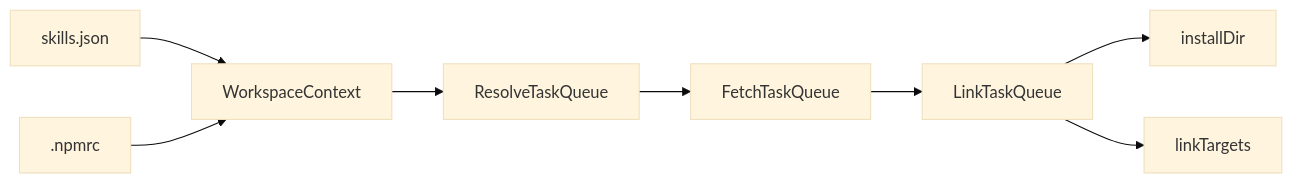
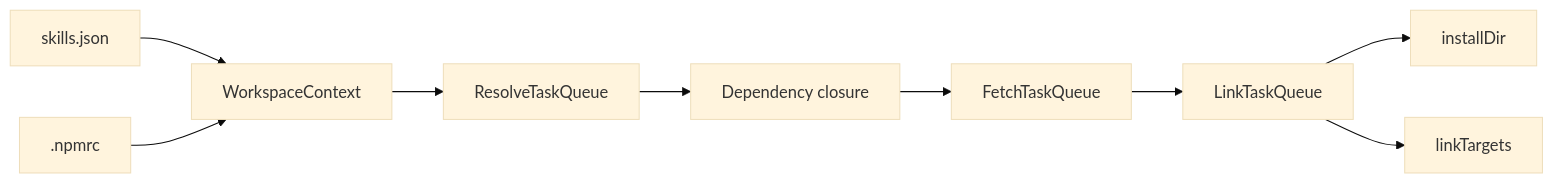
Before and after one commit to SoonIter/skills-package-manager: the diagram in website/docs/architecture/how-it-works.mdx, drawn with Mermaid (base theme). The commit also changed other lines of this file and 30 other files, not shown here.

````diff
--- a/website/docs/architecture/how-it-works.mdx
+++ b/website/docs/architecture/how-it-works.mdx
@@ -35,10 +39,11 @@
 ```mermaid
 flowchart LR
     A["skills.json"] --> B["WorkspaceContext"]
     C[".npmrc"] --> B
     B --> E["ResolveTaskQueue"]
-    E --> F["FetchTaskQueue"]
+    E --> D["Dependency closure"]
+    D --> F["FetchTaskQueue"]
     F --> G["LinkTaskQueue"]
     G --> H["installDir"]
     G --> I["linkTargets"]
 ```
````
